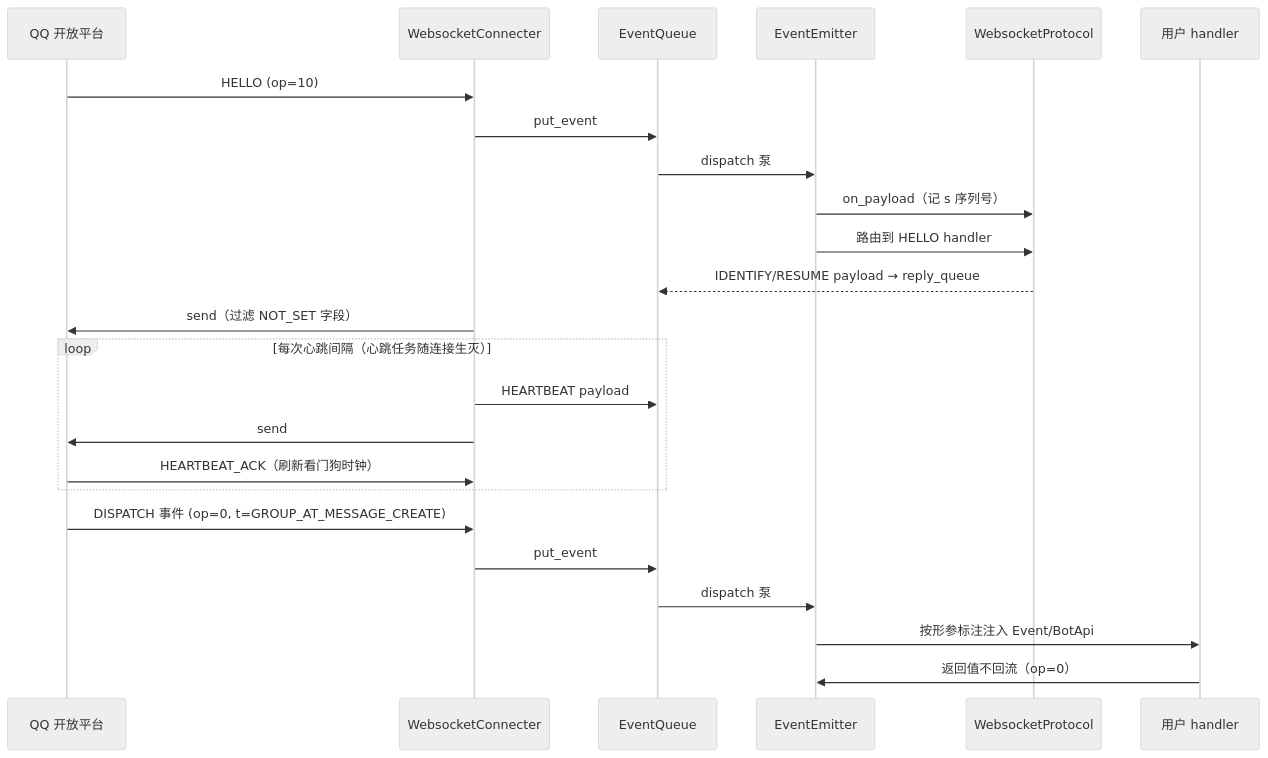
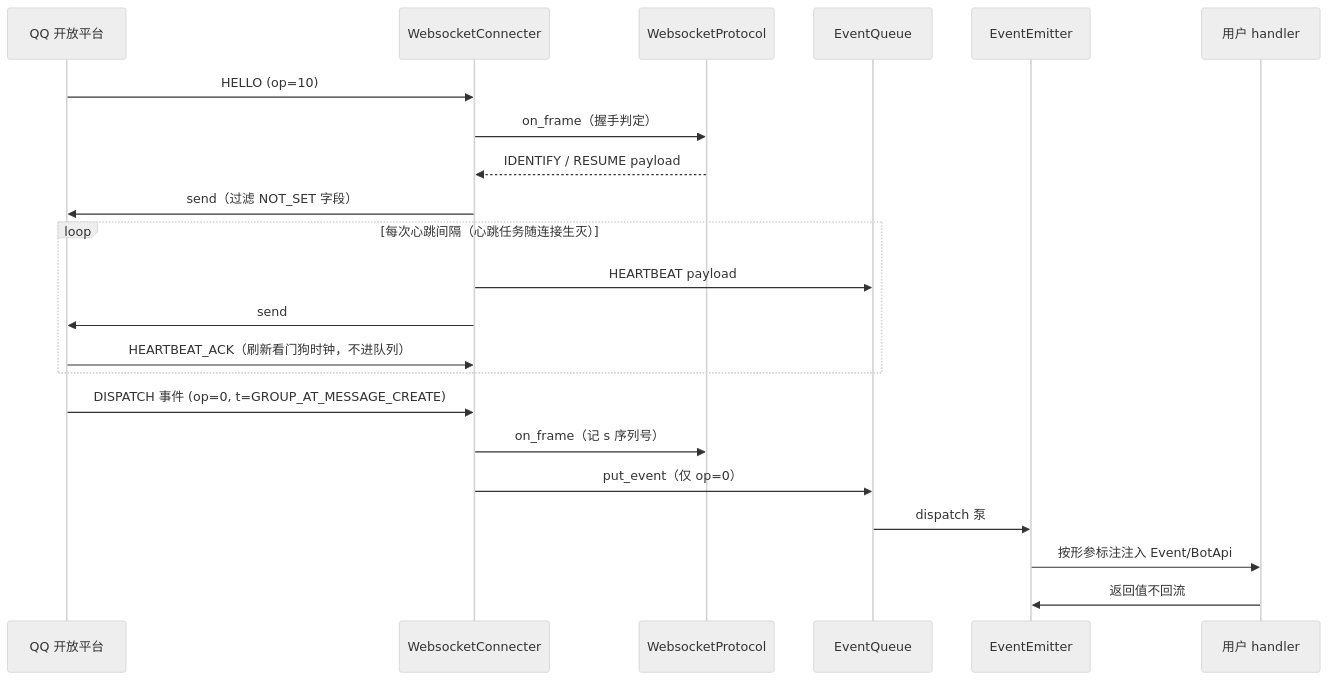
One commit to snowy-yang/qqbotsdk changed the second of 2 diagrams in docs/ARCHITECTURE.md. Above: the diagram before and after it, drawn with Mermaid (neutral theme). The commit also changed other lines of this file and 15 other files, not shown here.

````diff
--- a/docs/ARCHITECTURE.md
+++ b/docs/ARCHITECTURE.md
@@ -58,29 +58,27 @@
 ```mermaid
 sequenceDiagram
     participant QQ as QQ 开放平台
     participant WS as WebsocketConnecter
+    participant P as WebsocketProtocol
     participant Q as EventQueue
     participant EE as EventEmitter
-    participant P as WebsocketProtocol
     participant H as 用户 handler
 
     QQ->>WS: HELLO (op=10)
-    WS->>Q: put_event
-    Q->>EE: dispatch 泵
-    EE->>P: on_payload（记 s 序列号）
-    EE->>P: 路由到 HELLO handler
-    P-->>Q: IDENTIFY/RESUME payload → reply_queue
+    WS->>P: on_frame（握手判定）
+    P-->>WS: IDENTIFY / RESUME payload
     WS->>QQ: send（过滤 NOT_SET 字段）
 
     loop 每次心跳间隔（心跳任务随连接生灭）
         WS->>Q: HEARTBEAT payload
         WS->>QQ: send
-        QQ->>WS: HEARTBEAT_ACK（刷新看门狗时钟）
+        QQ->>WS: HEARTBEAT_ACK（刷新看门狗时钟，不进队列）
     end
 
     QQ->>WS: DISPATCH 事件 (op=0, t=GROUP_AT_MESSAGE_CREATE)
-    WS->>Q: put_event
+    WS->>P: on_frame（记 s 序列号）
+    WS->>Q: put_event（仅 op=0）
     Q->>EE: dispatch 泵
     EE->>H: 按形参标注注入 Event/BotApi
-    H->>EE: 返回值不回流（op=0）
+    H->>EE: 返回值不回流
 ```
````
